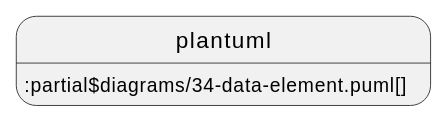
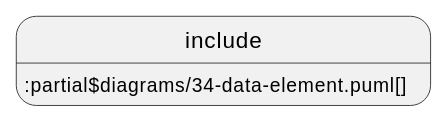
The seventh of 18 diagrams in documentation/IDTA-01001/modules/ROOT/pages/spec-metamodel/submodel-elements.adoc (acplt/aas-specs), drawn with PlantUML before and after one commit. The commit also changed other lines of this file and 14 other files, not shown here.

First line of the commit message:
Revert "Use plantuml instead of include and test ./"

```diff
--- a/documentation/IDTA-01001/modules/ROOT/pages/spec-metamodel/submodel-elements.adoc
+++ b/documentation/IDTA-01001/modules/ROOT/pages/spec-metamodel/submodel-elements.adoc
@@ -344,4 +344,4 @@
 [plantuml, 34-data-element, svg]
 ....
-plantuml::partial$diagrams/34-data-element.puml[]
+include::partial$diagrams/34-data-element.puml[]
 ....
```
